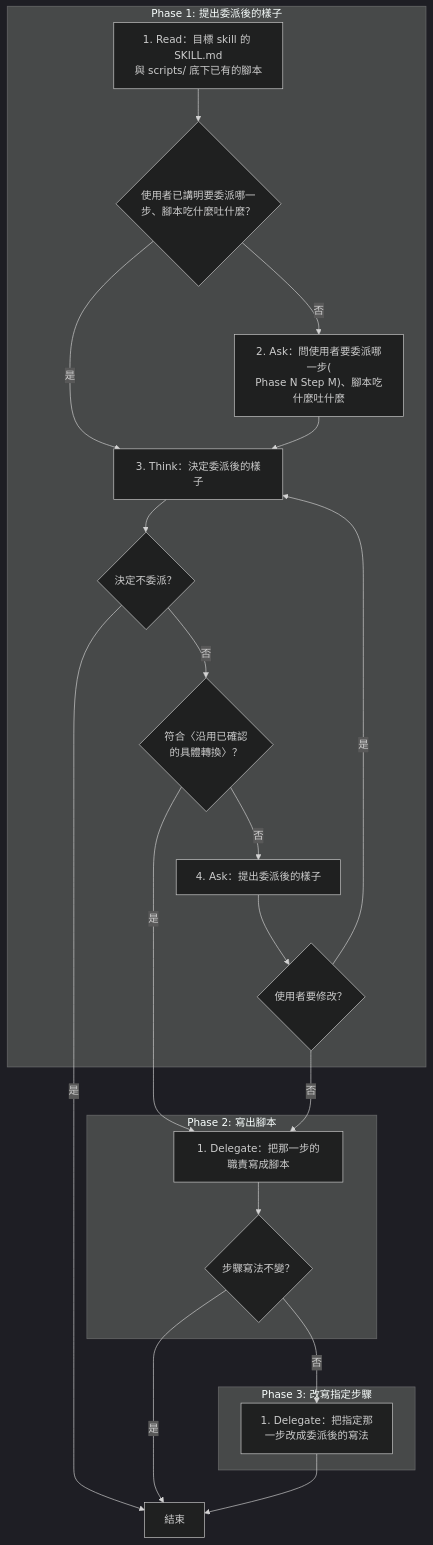
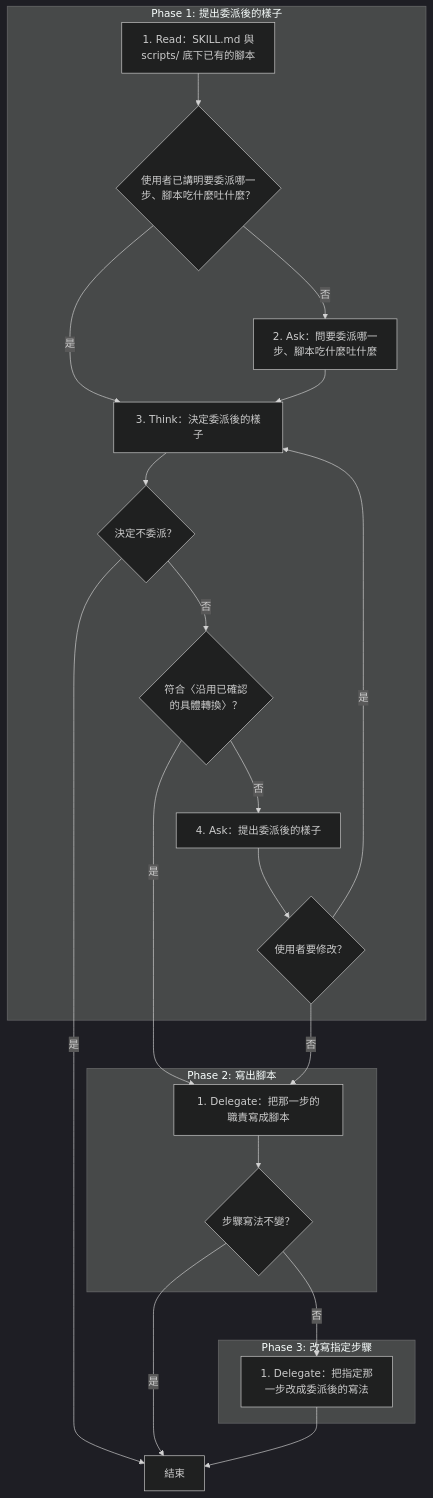
One commit to AI-x-BDD/BDGG-Dev-Skills changed the first of 2 diagrams in .claude/skills/skill-derive-script/SKILL.md. Above: the diagram before and after it, drawn with Mermaid (dark theme). The commit also changed other lines of this file and 33 other files, not shown here.

````diff
--- a/.claude/skills/skill-derive-script/SKILL.md
+++ b/.claude/skills/skill-derive-script/SKILL.md
@@ -23,37 +23,37 @@
 ```mermaid
 flowchart TD
     subgraph P1["Phase 1: 提出委派後的樣子"]
-        P1S1["1. Read：目標 skill 的 SKILL.md<br/>與 scripts/ 底下已有的腳本"]
+        P1S1["1. Read：SKILL.md 與<br/>scripts/ 底下已有的腳本"]
         G_P1S1_1{"使用者已講明要委派哪一<br/>步、腳本吃什麼吐什麼？"}
-        P1S2["2. Ask：問使用者要委派哪一步(<br/>Phase N Step M)、腳本吃什麼吐什麼"]
+        P1S2["2. Ask：問要委派哪一<br/>步、腳本吃什麼吐什麼"]
         P1S3["3. Think：決定委派後的樣子"]
         G_P1S3_1{"決定不委派？"}
         G_P1S3_2{"符合〈沿用已確認<br/>的具體轉換〉？"}
         P1S4["4. Ask：提出委派後的樣子"]
         G_P1S4_1{"使用者要修改？"}
     end
     subgraph P2["Phase 2: 寫出腳本"]
         P2S1["1. Delegate：把那一步的職責寫成腳本"]
         G_P2S1_1{"步驟寫法不變？"}
     end
     subgraph P3["Phase 3: 改寫指定步驟"]
         P3S1["1. Delegate：把指定那<br/>一步改成委派後的寫法"]
     end
     End["結束"]
     P1S1 --> G_P1S1_1
     G_P1S1_1 -->|是| P1S3
     G_P1S1_1 -->|否| P1S2
     P1S2 --> P1S3
     P1S3 --> G_P1S3_1
     G_P1S3_1 -->|是| End
     G_P1S3_1 -->|否| G_P1S3_2
     G_P1S3_2 -->|是| P2S1
     G_P1S3_2 -->|否| P1S4
     P1S4 --> G_P1S4_1
     G_P1S4_1 -->|是| P1S3
     G_P1S4_1 -->|否| P2S1
     P2S1 --> G_P2S1_1
     G_P2S1_1 -->|是| End
     G_P2S1_1 -->|否| P3S1
     P3S1 --> End
 ```
````
